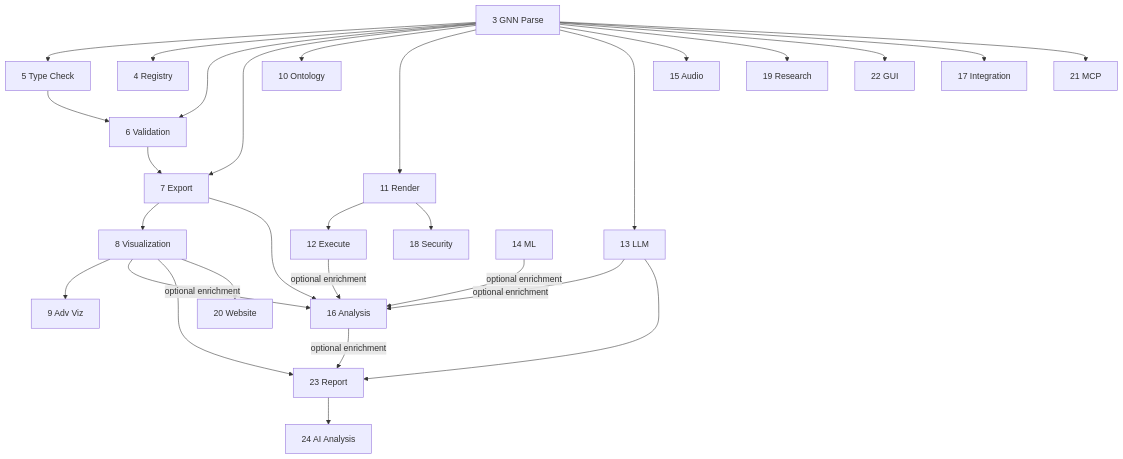
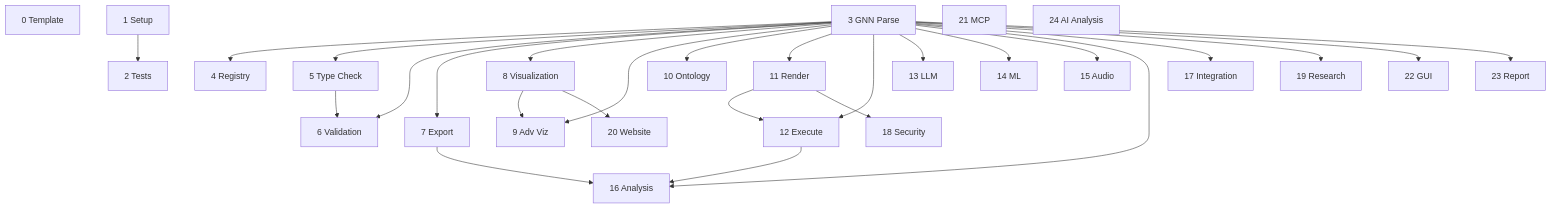
The second of 2 diagrams in src/gnn/STEP_INDEX.md (ActiveInferenceInstitute/Generalized_Notation_Notation), drawn with Mermaid before and after one commit. The commit also changed other lines of this file and 10 other files, not shown here.

````diff
--- a/src/gnn/STEP_INDEX.md
+++ b/src/gnn/STEP_INDEX.md
@@ -130,39 +177,53 @@
 ```mermaid
 graph TD
-    S3[3 GNN Parse] --> S5[5 Type Check]
-    S3 --> S4[4 Registry]
-    S3 --> S6[6 Validation]
-    S3 --> S7[7 Export]
-    S3 --> S10[10 Ontology]
-    S3 --> S11[11 Render]
-    S3 --> S13[13 LLM]
-    S3 --> S15[15 Audio]
-    S3 --> S19[19 Research]
-    S3 --> S22[22 GUI]
-
+    S0[0 Template]
+    S1[1 Setup]
+    S2[2 Tests]
+    S3[3 GNN Parse]
+    S4[4 Registry]
+    S5[5 Type Check]
+    S6[6 Validation]
+    S7[7 Export]
+    S8[8 Visualization]
+    S9[9 Adv Viz]
+    S10[10 Ontology]
+    S11[11 Render]
+    S12[12 Execute]
+    S13[13 LLM]
+    S14[14 ML]
+    S15[15 Audio]
+    S16[16 Analysis]
+    S17[17 Integration]
+    S18[18 Security]
+    S19[19 Research]
+    S20[20 Website]
+    S21[21 MCP]
+    S22[22 GUI]
+    S23[23 Report]
+    S24[24 AI Analysis]
+    S1 --> S2
+    S3 --> S4
+    S3 --> S5
+    S3 --> S6
+    S3 --> S7
+    S3 --> S8
+    S3 --> S9
+    S3 --> S10
+    S3 --> S11
+    S3 --> S12
+    S3 --> S13
+    S3 --> S14
+    S3 --> S15
+    S3 --> S16
+    S3 --> S17
+    S3 --> S19
+    S3 --> S22
+    S3 --> S23
     S5 --> S6
-    S6 --> S7
-    S7 --> S8[8 Visualization]
-    S8 --> S9[9 Adv Viz]
-
-    S11 --> S12[12 Execute]
-    S11 --> S18[18 Security]
-
-    S7 --> S16[16 Analysis]
-    S8 -->|"optional enrichment"| S16
-    S12 -->|"optional enrichment"| S16
-    S13 -->|"optional enrichment"| S16
-
-    S8 --> S23[23 Report]
-    S13 --> S23
-    S16 -->|"optional enrichment"| S23
-    S14[14 ML] -->|"optional enrichment"| S16
-
-    S3 --> S17[17 Integration]
-    S8 --> S20[20 Website]
-    S3 --> S21[21 MCP]
-
-    S23 --> S24[24 AI Analysis]
-
-    %% styling intentionally omitted (theme-controlled)
+    S7 --> S16
+    S8 --> S9
+    S8 --> S20
+    S11 --> S12
+    S11 --> S18
+    S12 --> S16
 ```
````
